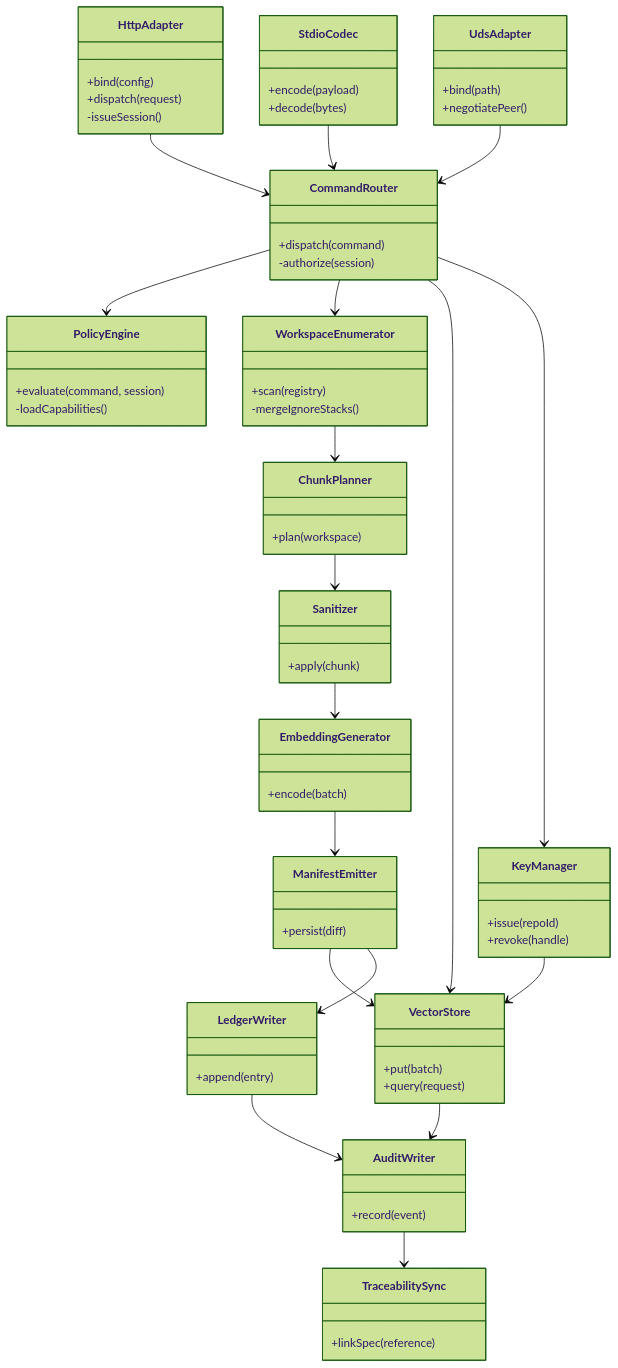
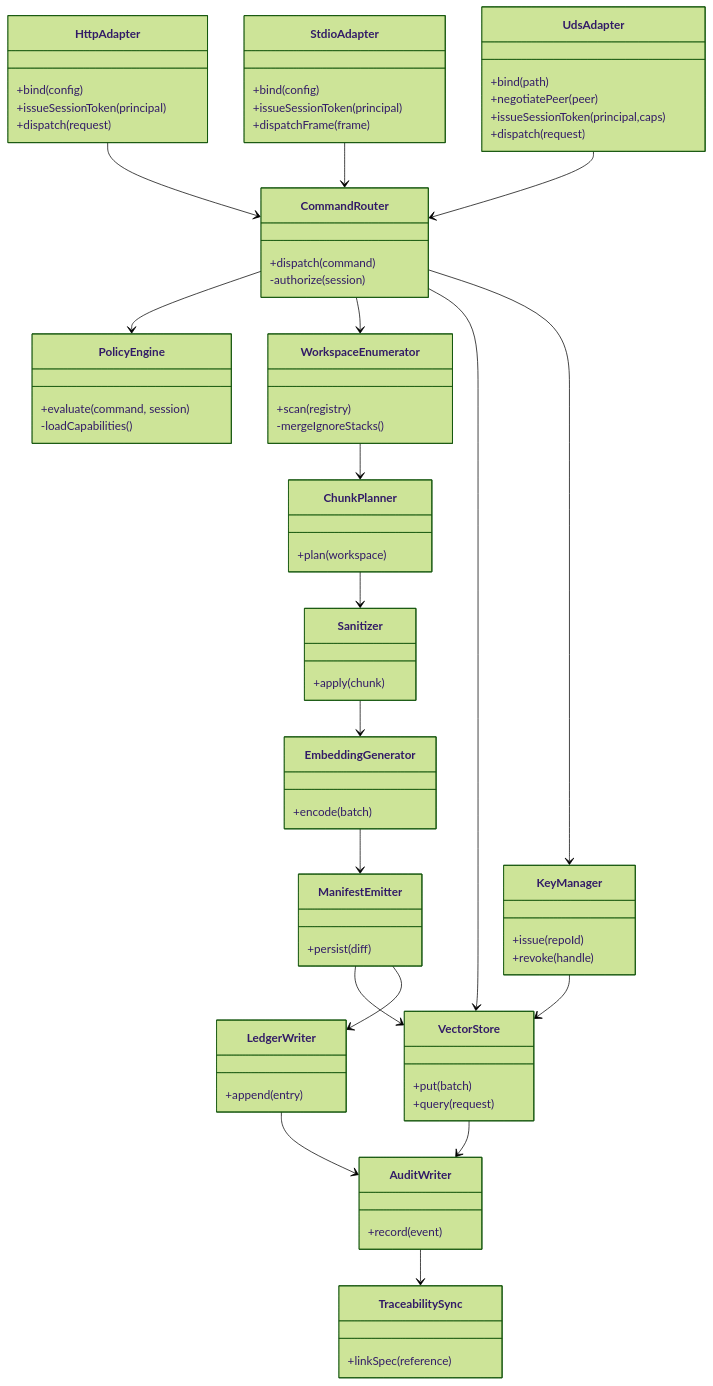
One commit to JudgeZ/EmbedNexus changed the diagram in docs/design/c4/level-4-code/README.md. Above: the diagram before and after it, drawn with Mermaid (forest theme). The commit also changed other lines of this file and 18 other files, not shown here.

````diff
--- a/docs/design/c4/level-4-code/README.md
+++ b/docs/design/c4/level-4-code/README.md
@@ -25,75 +25,78 @@
 ```mermaid
 classDiagram
     class HttpAdapter {
         +bind(config)
+        +issueSessionToken(principal)
         +dispatch(request)
-        -issueSession()
     }
-    class StdioCodec {
-        +encode(payload)
-        +decode(bytes)
+    class StdioAdapter {
+        +bind(config)
+        +issueSessionToken(principal)
+        +dispatchFrame(frame)
     }
     class UdsAdapter {
         +bind(path)
-        +negotiatePeer()
+        +negotiatePeer(peer)
+        +issueSessionToken(principal,caps)
+        +dispatch(request)
     }
     class CommandRouter {
         +dispatch(command)
         -authorize(session)
     }
     class PolicyEngine {
         +evaluate(command, session)
         -loadCapabilities()
     }
     class WorkspaceEnumerator {
         +scan(registry)
         -mergeIgnoreStacks()
     }
     class ChunkPlanner {
         +plan(workspace)
     }
     class Sanitizer {
         +apply(chunk)
     }
     class EmbeddingGenerator {
         +encode(batch)
     }
     class ManifestEmitter {
         +persist(diff)
     }
     class VectorStore {
         +put(batch)
         +query(request)
     }
     class LedgerWriter {
         +append(entry)
     }
     class KeyManager {
         +issue(repoId)
         +revoke(handle)
     }
     class AuditWriter {
         +record(event)
     }
     class TraceabilitySync {
         +linkSpec(reference)
     }
 
     HttpAdapter --> CommandRouter
-    StdioCodec --> CommandRouter
+    StdioAdapter --> CommandRouter
     UdsAdapter --> CommandRouter
     CommandRouter --> PolicyEngine
     CommandRouter --> WorkspaceEnumerator
     WorkspaceEnumerator --> ChunkPlanner
     ChunkPlanner --> Sanitizer
     Sanitizer --> EmbeddingGenerator
     EmbeddingGenerator --> ManifestEmitter
     ManifestEmitter --> VectorStore
     ManifestEmitter --> LedgerWriter
     CommandRouter --> VectorStore
     VectorStore --> AuditWriter
     LedgerWriter --> AuditWriter
     CommandRouter --> KeyManager
     KeyManager --> VectorStore
     AuditWriter --> TraceabilitySync
 ```
````
